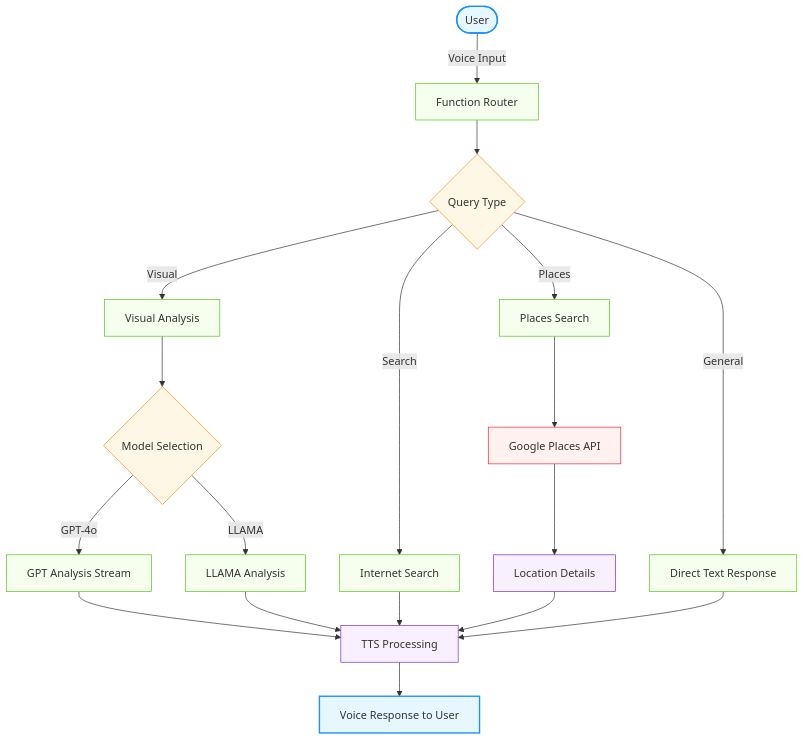
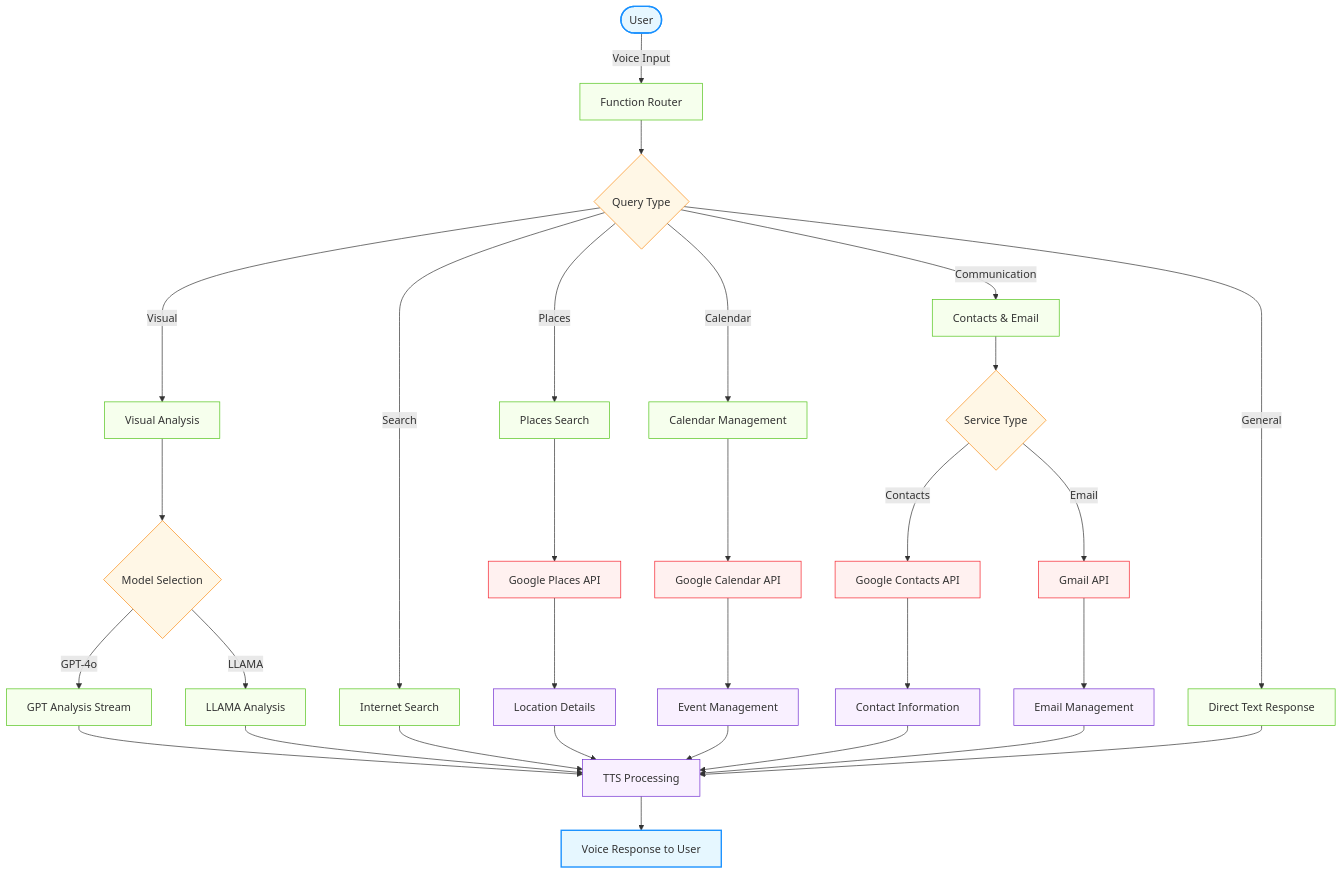
The diagram in README.md (codingaslu/Voice-Vision-Assistant-for-Blind), drawn with Mermaid before and after one commit. The commit also changed other lines of this file and 6 other files, not shown here.

````diff
--- a/README.md
+++ b/README.md
@@ -23,42 +23,58 @@
 ```mermaid
 graph TD
     %% Main flow - simplified
     User([User]) --> |"Voice Input"| Router["Function Router"]
     Router --> QueryType{"Query Type"}
     
     %% Simplified branches
     QueryType -->|"Visual"| VisualProcess["Visual Analysis"]
     QueryType -->|"Search"| SearchProcess["Internet Search"]
     QueryType -->|"Places"| PlacesProcess["Places Search"]
+    QueryType -->|"Calendar"| CalendarProcess["Calendar Management"]
+    QueryType -->|"Communication"| CommProcess["Contacts & Email"]
     QueryType -->|"General"| TextProcess["Direct Text Response"]
     
     %% Simplified visual path
     VisualProcess --> ModelChoice{"Model Selection"}
     ModelChoice -->|"GPT-4o"| GPTAnalysis["GPT Analysis Stream"]
     ModelChoice -->|"LLAMA"| LLAMAAnalysis["LLAMA Analysis"]
     
     %% Places path
     PlacesProcess --> GooglePlaces["Google Places API"]
     GooglePlaces --> PlacesResults["Location Details"]
     
+    %% Calendar path
+    CalendarProcess --> GoogleCalendar["Google Calendar API"]
+    GoogleCalendar --> CalendarResults["Event Management"]
+    
+    %% Communication path
+    CommProcess --> CommChoice{"Service Type"}
+    CommChoice -->|"Contacts"| GoogleContacts["Google Contacts API"]
+    CommChoice -->|"Email"| Gmail["Gmail API"]
+    GoogleContacts --> ContactResults["Contact Information"]
+    Gmail --> EmailResults["Email Management"]
+    
     %% Output consolidation - simplified
     GPTAnalysis --> Response["TTS Processing"]
     LLAMAAnalysis --> Response
     SearchProcess --> Response
     PlacesResults --> Response
+    CalendarResults --> Response
+    ContactResults --> Response
+    EmailResults --> Response
     TextProcess --> Response
     Response --> Deliver["Voice Response to User"]
     
     %% Styling
     classDef interface fill:#e6f7ff,stroke:#1890ff,stroke-width:2px
     classDef process fill:#f6ffed,stroke:#52c41a,stroke-width:1px
     classDef decision fill:#fff7e6,stroke:#fa8c16,stroke-width:1px
     classDef output fill:#f9f0ff,stroke:#722ed1,stroke-width:1px
     classDef api fill:#fff1f0,stroke:#f5222d,stroke-width:1px
     
     class User,Deliver interface
-    class Router,VisualProcess,GPTAnalysis,LLAMAAnalysis,SearchProcess,TextProcess,PlacesProcess process
-    class QueryType,ModelChoice decision
-    class Response,PlacesResults output
-    class GooglePlaces api
+    class Router,VisualProcess,GPTAnalysis,LLAMAAnalysis,SearchProcess,TextProcess,PlacesProcess,CalendarProcess,CommProcess process
+    class QueryType,ModelChoice,CommChoice decision
+    class Response,PlacesResults,CalendarResults,ContactResults,EmailResults output
+    class GooglePlaces,GoogleCalendar,GoogleContacts,Gmail api
 ```
````
